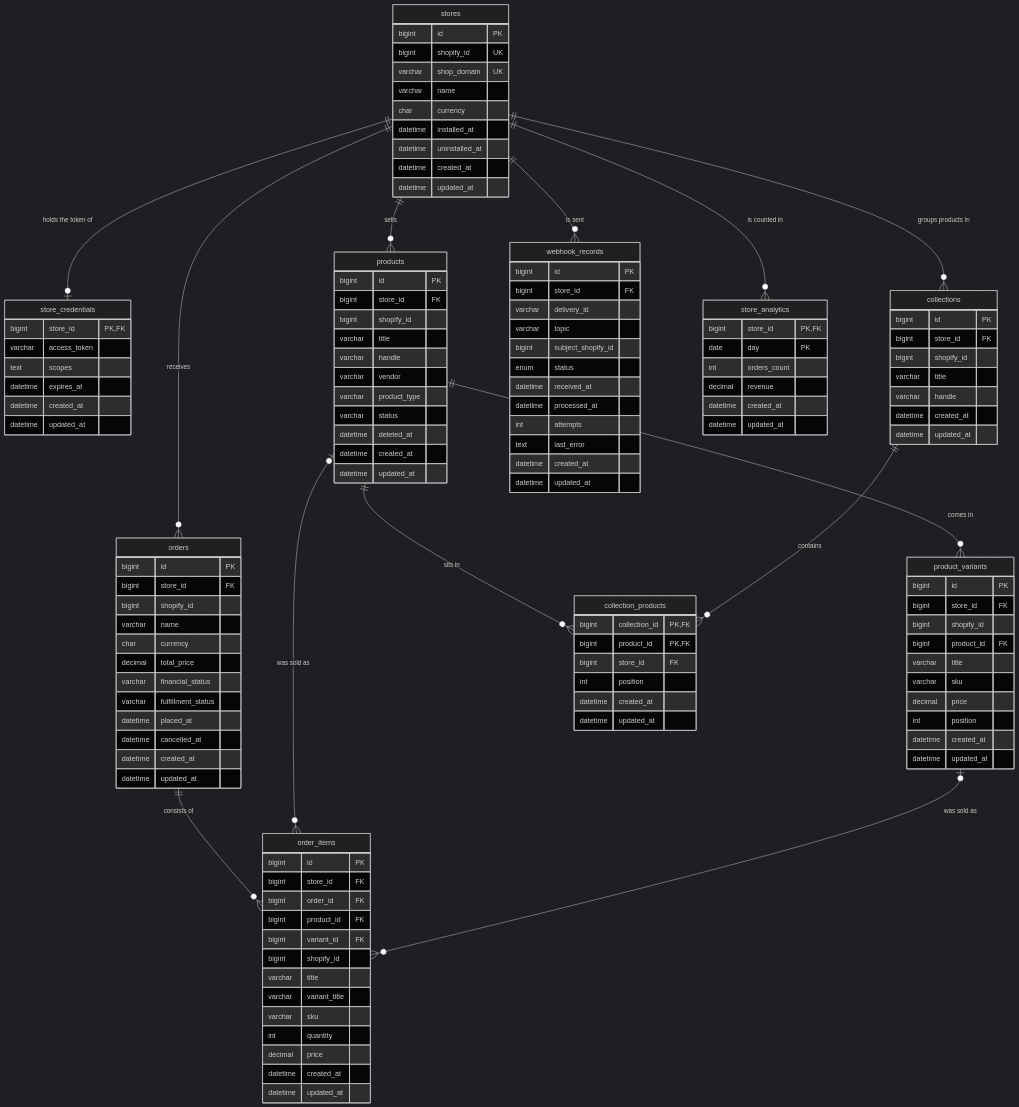
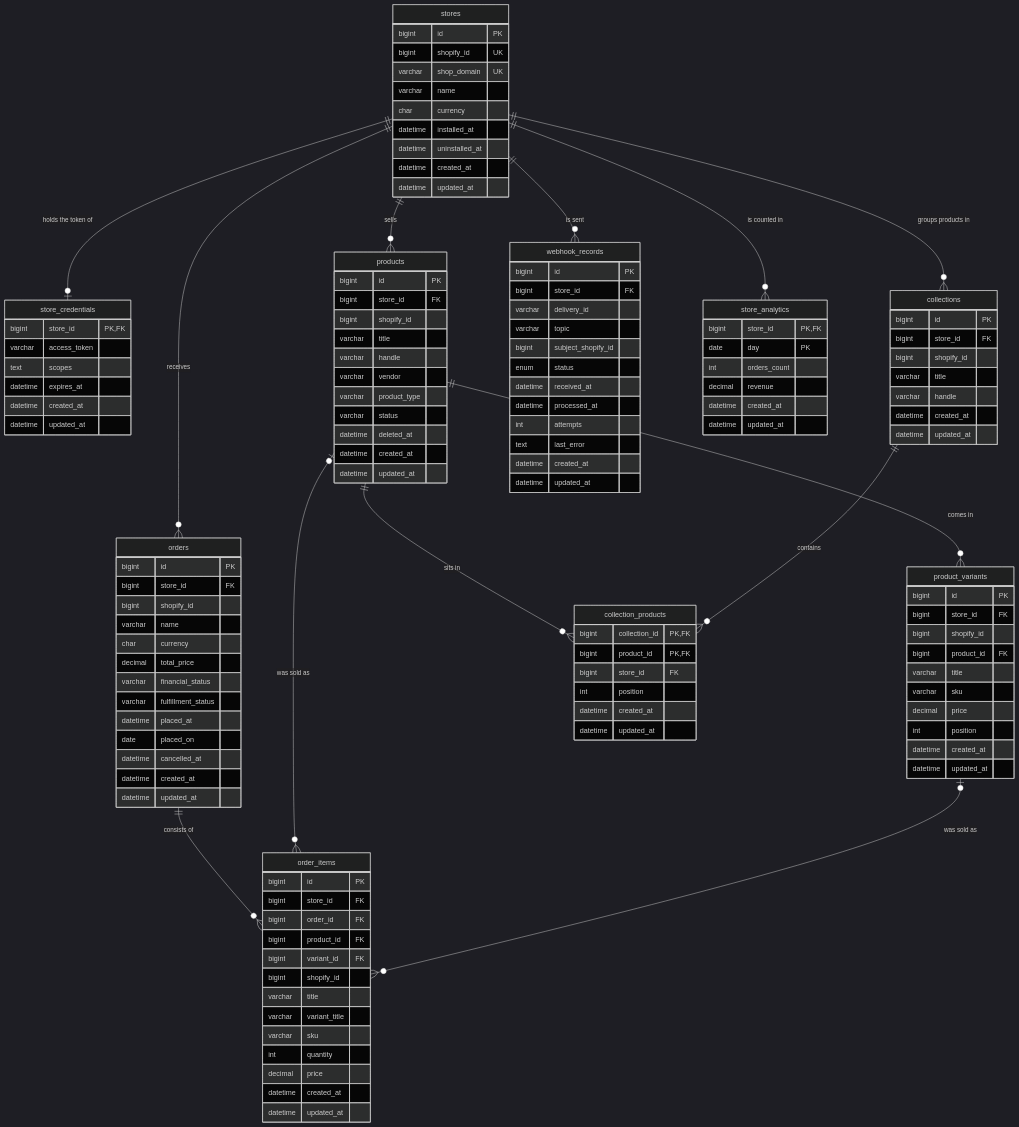
One commit to Buri1989/shopify-commerce-intelligence-platform changed the diagram in docs/phase-2/task-2.2-design.md. Above: the diagram before and after it, drawn with Mermaid (dark theme). The commit also changed 81 other files, not shown here.

```diff
--- a/docs/phase-2/task-2.2-design.md
+++ b/docs/phase-2/task-2.2-design.md
@@ -387,6 +387,7 @@
         varchar financial_status
         varchar fulfillment_status
         datetime placed_at
+        date placed_on
         datetime cancelled_at
         datetime created_at
         datetime updated_at
```
